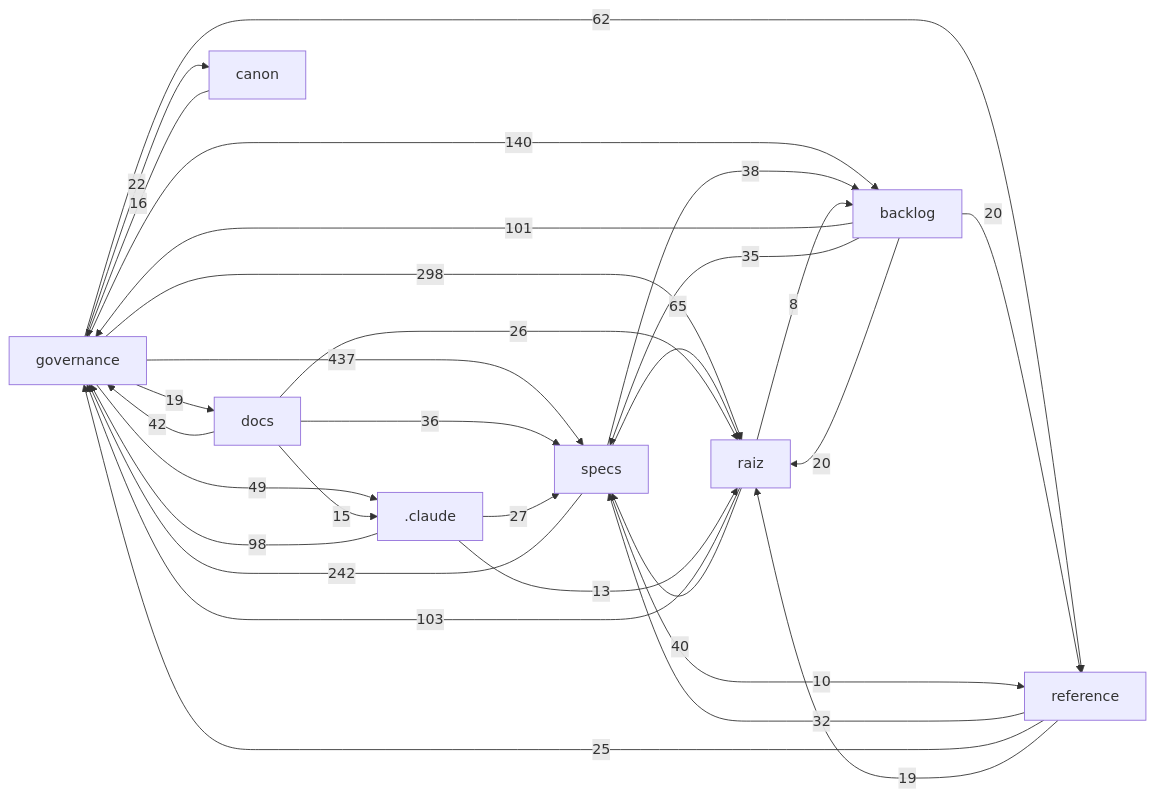
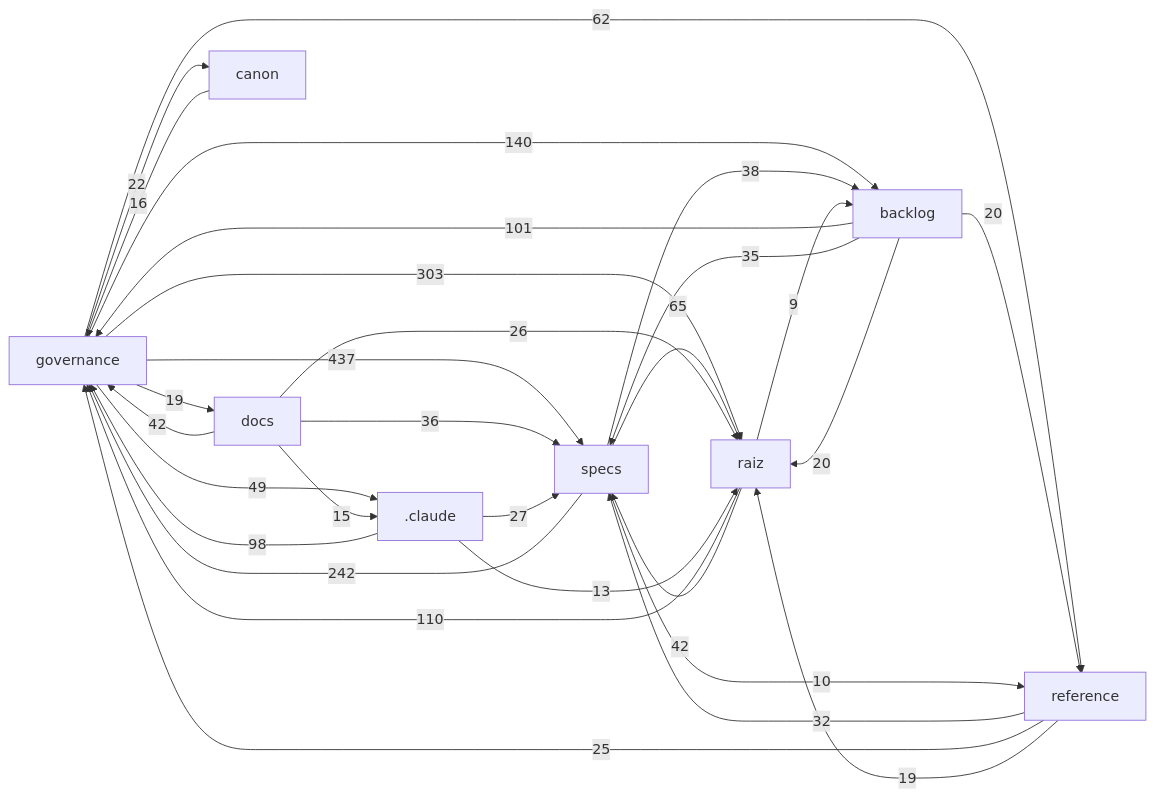
One commit to Andraus35/Sistema-Operacional-de-Trading--SOT changed the diagram in docs/mapa/MAPA-PROJETO.md. Above: the diagram before and after it, drawn with Mermaid. The commit also changed other lines of this file and 8 other files, not shown here.

````diff
--- a/docs/mapa/MAPA-PROJETO.md
+++ b/docs/mapa/MAPA-PROJETO.md
@@ -29,32 +29,32 @@
 ```mermaid
 flowchart LR
   governance["governance"] -->|437| specs["specs"]
-  governance["governance"] -->|298| raiz["raiz"]
+  governance["governance"] -->|303| raiz["raiz"]
   specs["specs"] -->|242| governance["governance"]
   governance["governance"] -->|140| backlog["backlog"]
-  raiz["raiz"] -->|103| governance["governance"]
+  raiz["raiz"] -->|110| governance["governance"]
   backlog["backlog"] -->|101| governance["governance"]
   _claude[".claude"] -->|98| governance["governance"]
   specs["specs"] -->|65| raiz["raiz"]
   governance["governance"] -->|62| reference["reference"]
   governance["governance"] -->|49| _claude[".claude"]
+  raiz["raiz"] -->|42| specs["specs"]
   docs["docs"] -->|42| governance["governance"]
-  raiz["raiz"] -->|40| specs["specs"]
   specs["specs"] -->|38| backlog["backlog"]
   docs["docs"] -->|36| specs["specs"]
   backlog["backlog"] -->|35| specs["specs"]
   reference["reference"] -->|32| specs["specs"]
   _claude[".claude"] -->|27| specs["specs"]
   docs["docs"] -->|26| raiz["raiz"]
   reference["reference"] -->|25| governance["governance"]
   governance["governance"] -->|22| canon["canon"]
   backlog["backlog"] -->|20| raiz["raiz"]
   backlog["backlog"] -->|20| reference["reference"]
   governance["governance"] -->|19| docs["docs"]
   reference["reference"] -->|19| raiz["raiz"]
   canon["canon"] -->|16| governance["governance"]
   docs["docs"] -->|15| _claude[".claude"]
   _claude[".claude"] -->|13| raiz["raiz"]
   specs["specs"] -->|10| reference["reference"]
-  raiz["raiz"] -->|8| backlog["backlog"]
+  raiz["raiz"] -->|9| backlog["backlog"]
 ```
````
